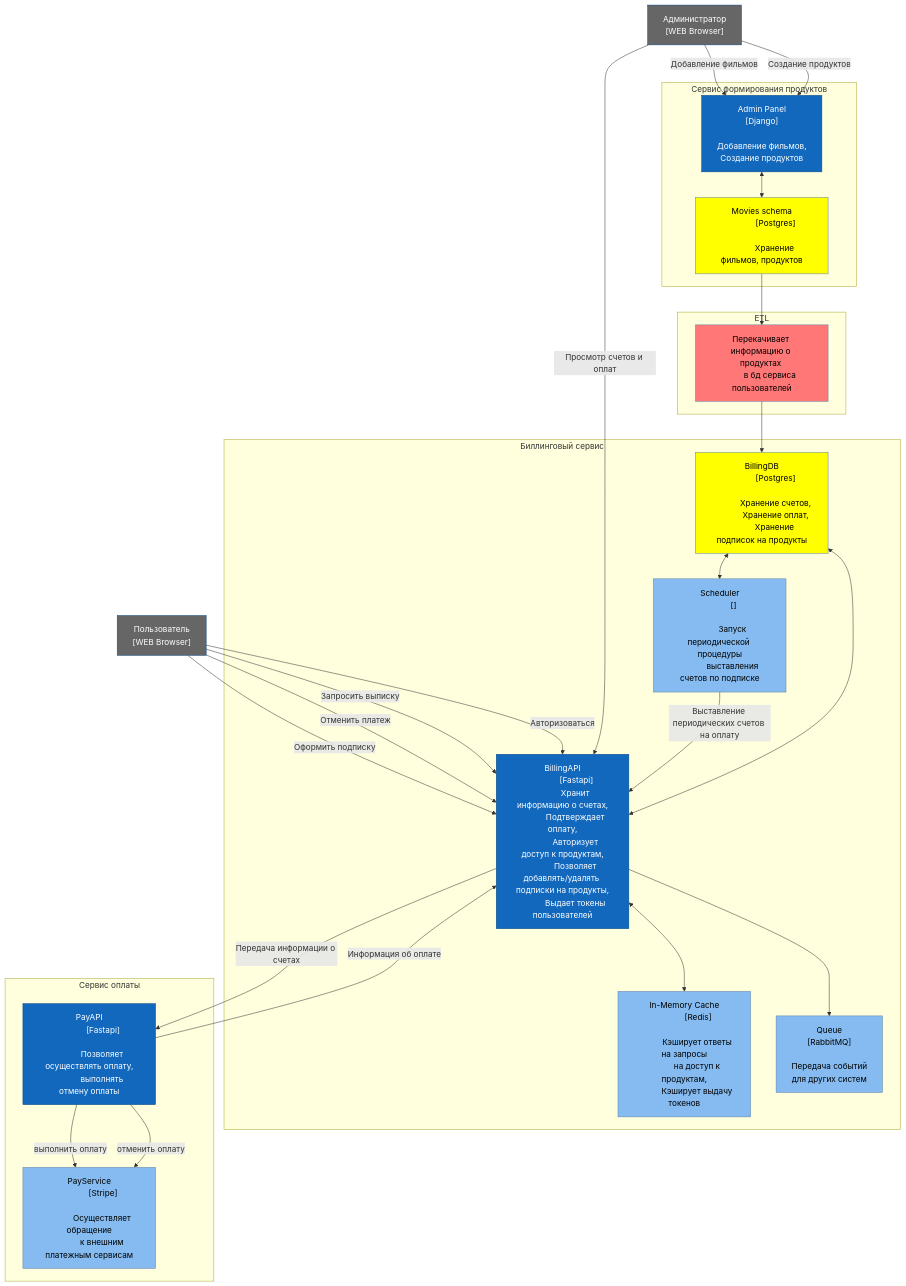
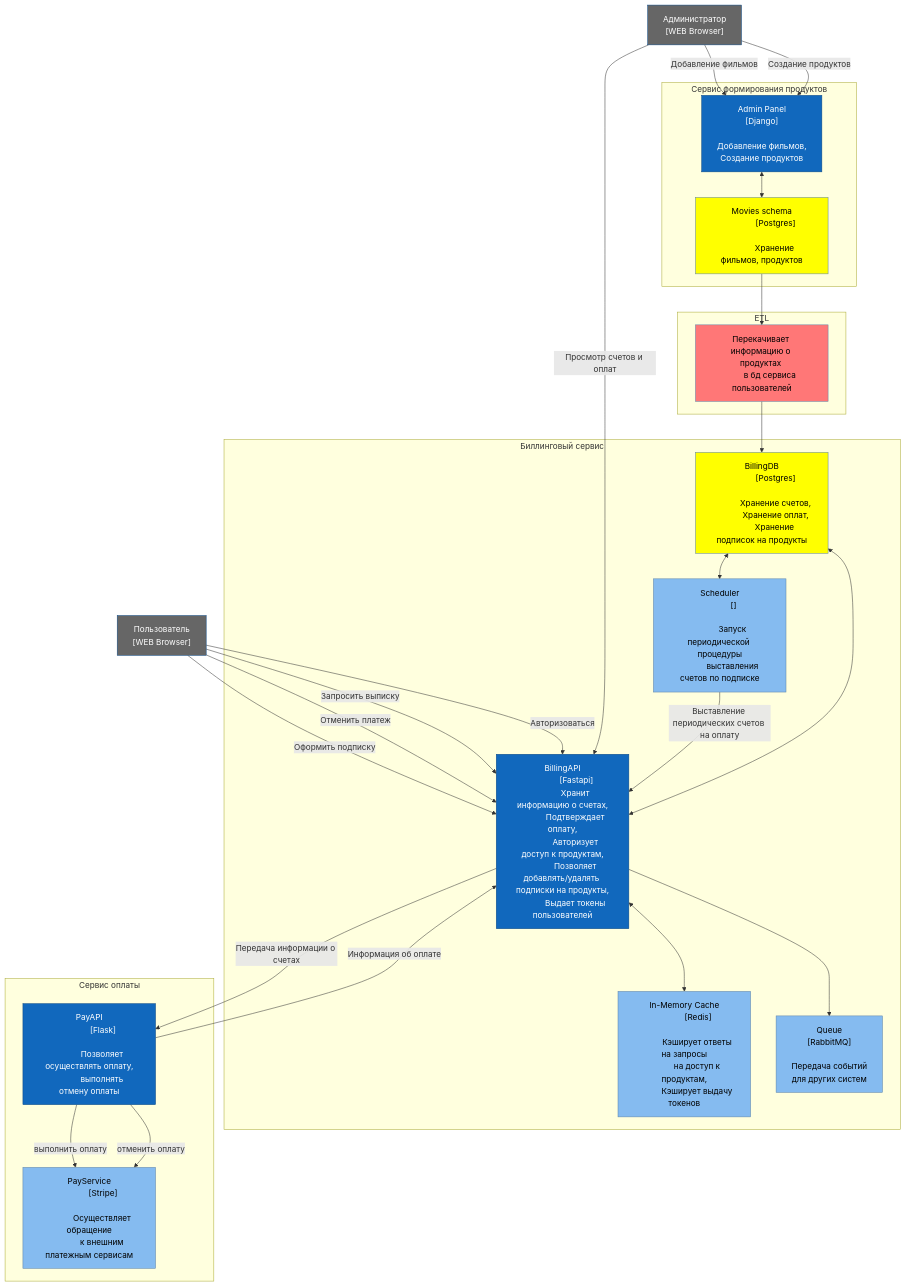
The diagram in architecture/components.md (fall3nangel/Billing_Stripe), drawn with Mermaid before and after one commit.

```diff
--- a/architecture/components.md
+++ b/architecture/components.md
@@ -87,7 +87,7 @@
      
     subgraph "Сервис оплаты"
         PayAPI["PayAPI
-            [Fastapi]
+            [Flask]
             
             Позволяет осуществлять оплату,
             выполнять отмену оплаты"]
```
